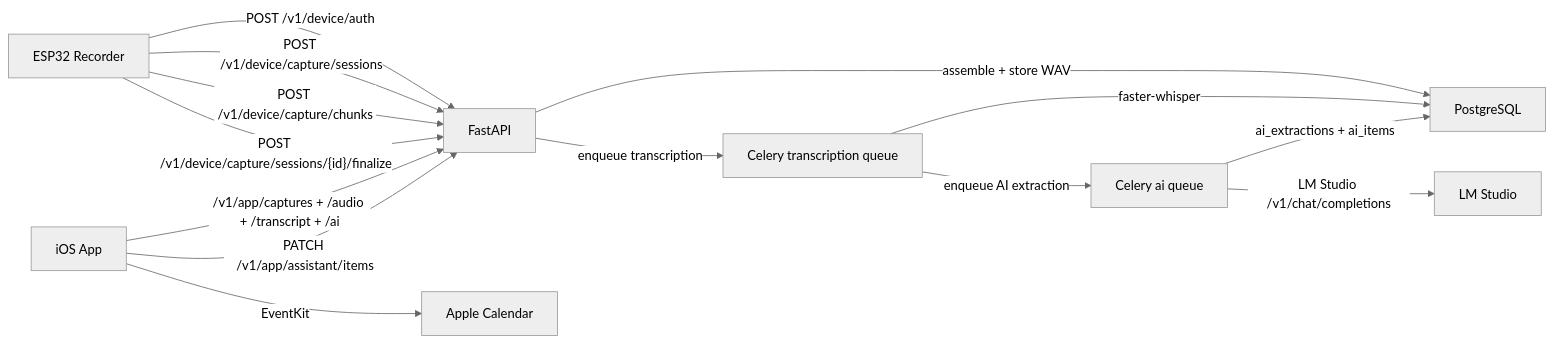
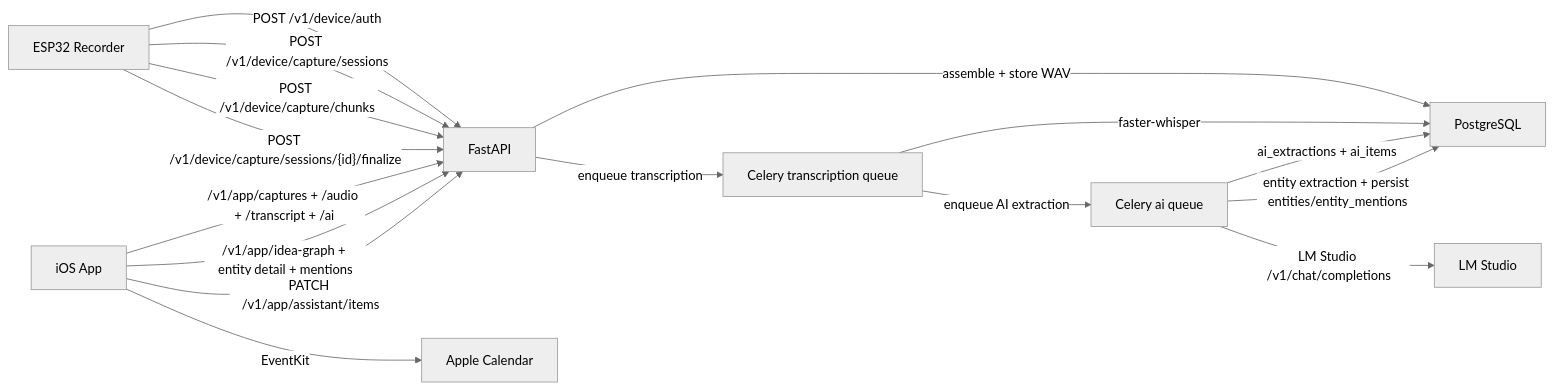
One commit to YaduEnc/CortX changed the diagram in README.md. Above: the diagram before and after it, drawn with Mermaid (neutral theme). The commit also changed other lines of this file and 2 other files, not shown here.

Commit message:
docs: add mind map API contract and implementation guide

````diff
--- a/README.md
+++ b/README.md
@@ -78,16 +97,18 @@
 ```mermaid
 flowchart LR
   A["ESP32 Recorder"] -->|"POST /v1/device/auth"| B["FastAPI"]
   A -->|"POST /v1/device/capture/sessions"| B
   A -->|"POST /v1/device/capture/chunks"| B
   A -->|"POST /v1/device/capture/sessions/{id}/finalize"| B
   B -->|"assemble + store WAV"| C["PostgreSQL"]
   B -->|"enqueue transcription"| D["Celery transcription queue"]
   D -->|"faster-whisper"| C
   D -->|"enqueue AI extraction"| E["Celery ai queue"]
   E -->|"LM Studio /v1/chat/completions"| F["LM Studio"]
   E -->|"ai_extractions + ai_items"| C
+  E -->|"entity extraction + persist entities/entity_mentions"| C
   G["iOS App"] -->|"/v1/app/captures + /audio + /transcript + /ai"| B
+  G -->|"/v1/app/idea-graph + entity detail + mentions"| B
   G -->|"PATCH /v1/app/assistant/items"| B
   G -->|"EventKit"| H["Apple Calendar"]
 ```
````
